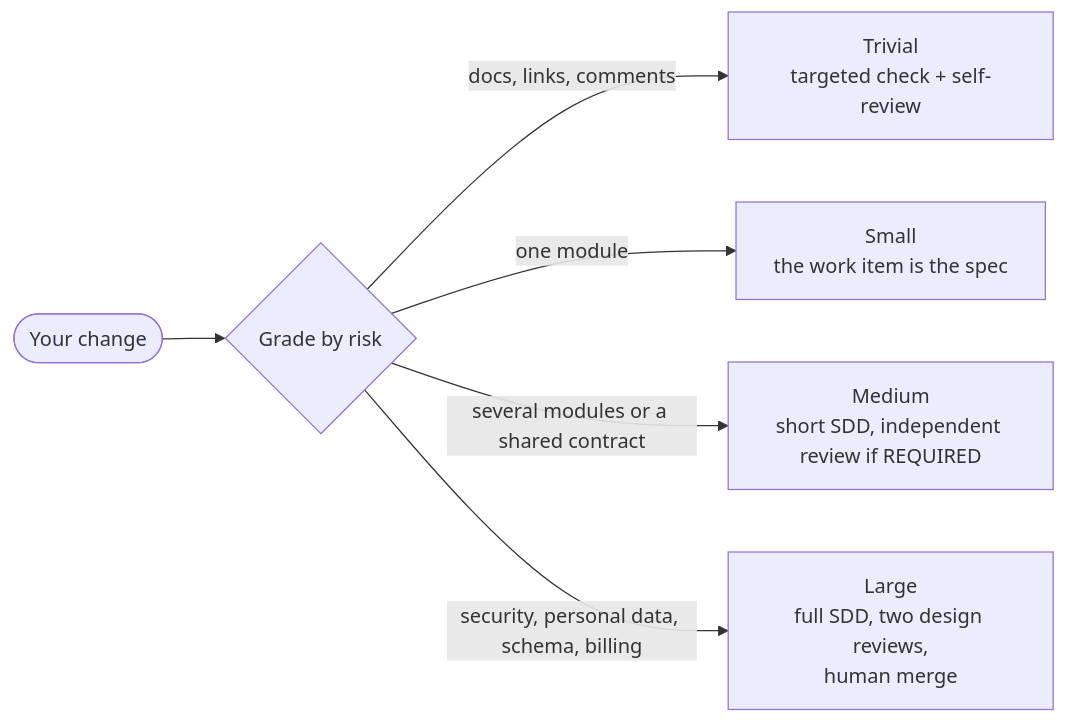
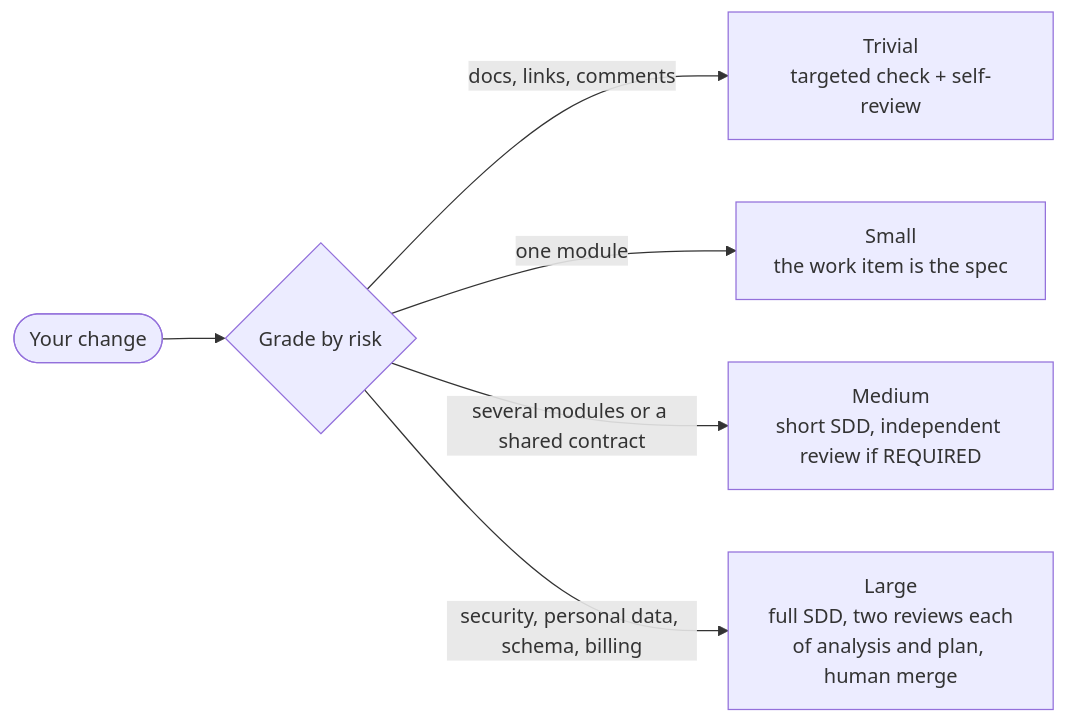
One commit to seok-jun/adaptive-agentic-sdd changed the diagram in README.md. Above: the diagram before and after it, drawn with Mermaid. The commit also changed other lines of this file and 4 other files, not shown here.

````diff
--- a/README.md
+++ b/README.md
@@ -15,8 +15,8 @@
 ```mermaid
 flowchart LR
   C([Your change]) --> G{Grade by risk}
   G -->|docs, links, comments| T["Trivial<br/>targeted check + self-review"]
   G -->|one module| S["Small<br/>the work item is the spec"]
   G -->|several modules or a shared contract| M["Medium<br/>short SDD, independent review if REQUIRED"]
-  G -->|security, personal data, schema, billing| L["Large<br/>full SDD, two design reviews,<br/>human merge"]
+  G -->|security, personal data, schema, billing| L["Large<br/>full SDD, two reviews each<br/>of analysis and plan, human merge"]
 ```
````
